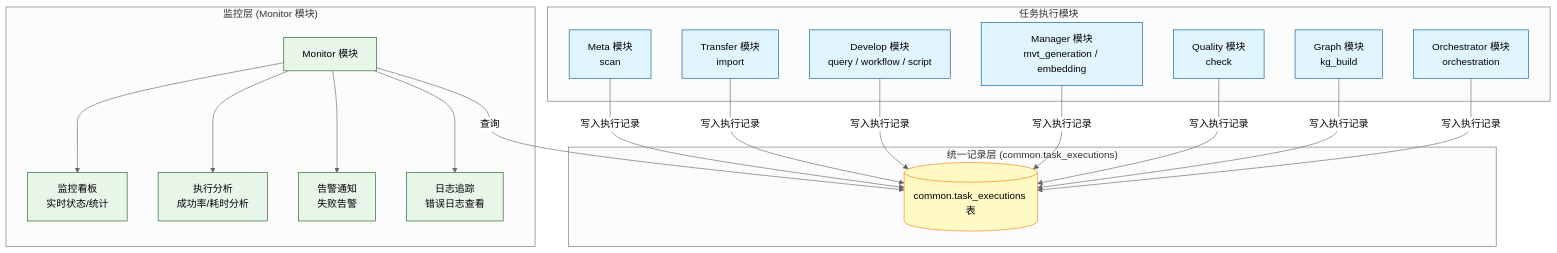
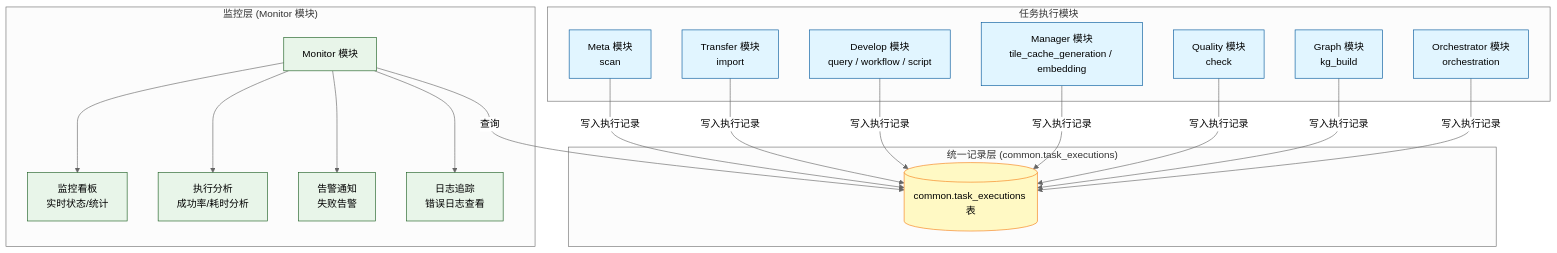
One commit to pampa0629/addp changed the first of 3 diagrams in docs/concepts/addp监控与执行体系图.md. Above: the diagram before and after it, drawn with Mermaid (neutral theme). The commit also changed other lines of this file and 136 other files, not shown here.

````diff
--- a/docs/concepts/addp监控与执行体系图.md
+++ b/docs/concepts/addp监控与执行体系图.md
@@ -30,42 +30,42 @@
 ```mermaid
 graph TB
     subgraph "任务执行模块"
         Meta[Meta 模块<br/>scan]
         Transfer[Transfer 模块<br/>import]
         Develop[Develop 模块<br/>query / workflow / script]
-        Manager[Manager 模块<br/>mvt_generation / embedding]
+        Manager[Manager 模块<br/>tile_cache_generation / embedding]
         Quality[Quality 模块<br/>check]
         Graph[Graph 模块<br/>kg_build]
         Orchestrator[Orchestrator 模块<br/>orchestration]
     end
 
     subgraph "统一记录层 (common.task_executions)"
         TaskExec[(common.task_executions 表)]
 
         Meta --> |写入执行记录| TaskExec
         Transfer --> |写入执行记录| TaskExec
         Develop --> |写入执行记录| TaskExec
         Manager --> |写入执行记录| TaskExec
         Quality --> |写入执行记录| TaskExec
         Graph --> |写入执行记录| TaskExec
         Orchestrator --> |写入执行记录| TaskExec
     end
 
     subgraph "监控层 (Monitor 模块)"
         Monitor[Monitor 模块]
 
         Monitor --> |查询| TaskExec
         Monitor --> Dashboard[监控看板<br/>实时状态/统计]
         Monitor --> Analysis[执行分析<br/>成功率/耗时分析]
         Monitor --> Alert[告警通知<br/>失败告警]
         Monitor --> Log[日志追踪<br/>错误日志查看]
     end
 
     classDef module fill:#e1f5ff,stroke:#01579b
     classDef storage fill:#fff9c4,stroke:#f57f17
     classDef monitor fill:#e8f5e9,stroke:#1b5e20
 
     class Meta,Transfer,Develop,Manager,Quality,Graph,Orchestrator module
     class TaskExec storage
     class Monitor,Dashboard,Analysis,Alert,Log monitor
 ```
````
